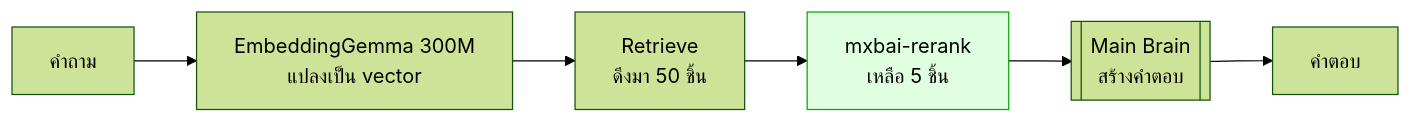
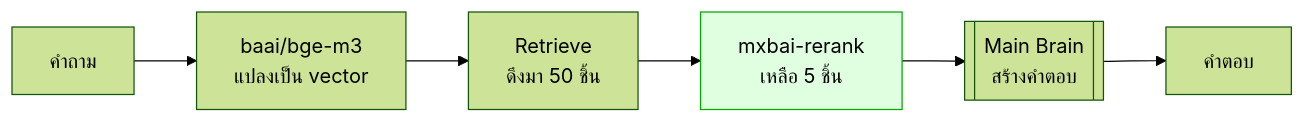
One commit to LLM-CE-KMITL/mcp-workshop changed the first of 2 diagrams in instructions/day3/10-lab6-rerank-pipeline.md. Above: the diagram before and after it, drawn with Mermaid (forest theme). The commit also changed 43 other files, not shown here.

````diff
--- a/instructions/day3/10-lab6-rerank-pipeline.md
+++ b/instructions/day3/10-lab6-rerank-pipeline.md
@@ -15,9 +15,9 @@
 ```mermaid
 flowchart LR
-    Q["คำถาม"] --> E["EmbeddingGemma 300M<br/>แปลงเป็น vector"]
+    Q["คำถาม"] --> E["baai/bge-m3<br/>แปลงเป็น vector"]
     E --> R["Retrieve<br/>ดึงมา 50 ชิ้น"]
     R --> RR["mxbai-rerank<br/>เหลือ 5 ชิ้น"]
     RR --> G[["Main Brain<br/>สร้างคำตอบ"]]
     G --> A["คำตอบ"]
     style RR fill:#e0ffe0,stroke:#0a0
 ```
````
